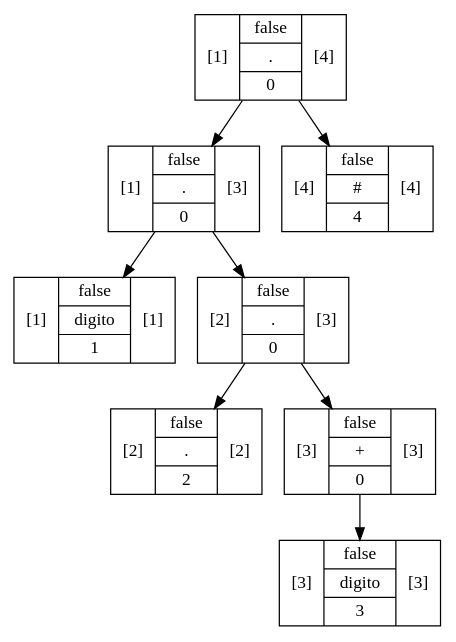
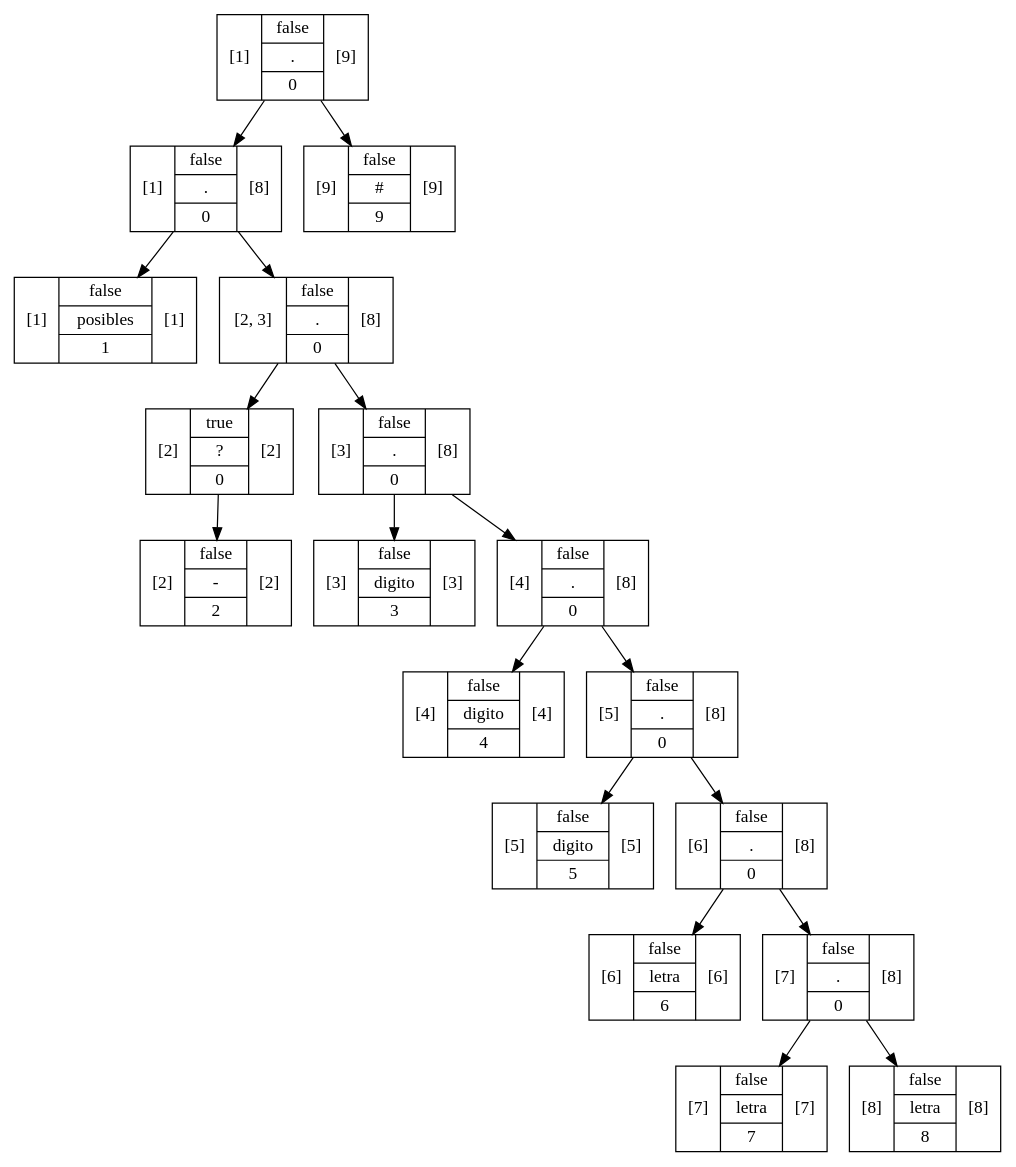
Before and after one commit to RojasCJP/Proyecto1_Compi1: the diagram in out/production/Proyecto1/Graphviz/Arbol1.dot, drawn with Graphviz. The commit also changed 437 other files, not shown here.

```diff
--- a/out/production/Proyecto1/Graphviz/Arbol1.dot
+++ b/out/production/Proyecto1/Graphviz/Arbol1.dot
@@ -1,17 +1,37 @@
 digraph structs {
-    node [shape=record];ArbolNodoMetodo16a4b1cf[label="[1]|{false|{digito}|1}|[1]"];
-ArbolNodoMetodo7bf24267[label="[2]|{false|{.}|2}|[2]"];
-ArbolNodoMetodo1407f681[label="[3]|{false|{digito}|3}|[3]"];
-ArbolNodoMetodo562fd933[label="[3]|{false|{+}|0}|[3]"];
-ArbolNodoMetodo562fd933 -> ArbolNodoMetodo1407f681;
-ArbolNodoMetodo653630f0[label="[2]|{false|{.}|0}|[3]"];
-ArbolNodoMetodo653630f0 -> ArbolNodoMetodo7bf24267;
-ArbolNodoMetodo653630f0 -> ArbolNodoMetodo562fd933;
-ArbolNodoMetodoc3ea74b[label="[1]|{false|{.}|0}|[3]"];
-ArbolNodoMetodoc3ea74b -> ArbolNodoMetodo16a4b1cf;
-ArbolNodoMetodoc3ea74b -> ArbolNodoMetodo653630f0;
-ArbolNodoMetodo2726fbb3[label="[4]|{false|{#}|4}|[4]"];
-ArbolNodoMetodofe85825[label="[1]|{false|{.}|0}|[4]"];
-ArbolNodoMetodofe85825 -> ArbolNodoMetodoc3ea74b;
-ArbolNodoMetodofe85825 -> ArbolNodoMetodo2726fbb3;
+    node [shape=record];ArbolNodoMetodo30e7cf2d[label="[1]|{false|{posibles}|1}|[1]"];
+ArbolNodoMetodo197ebc6d[label="[2]|{false|{-}|2}|[2]"];
+ArbolNodoMetodo221b994b[label="[2]|{true|{?}|0}|[2]"];
+ArbolNodoMetodo221b994b -> ArbolNodoMetodo197ebc6d;
+ArbolNodoMetodo3e382b03[label="[3]|{false|{digito}|3}|[3]"];
+ArbolNodoMetodo3028154e[label="[4]|{false|{digito}|4}|[4]"];
+ArbolNodoMetodo5cd94af2[label="[5]|{false|{digito}|5}|[5]"];
+ArbolNodoMetodo227641e3[label="[6]|{false|{letra}|6}|[6]"];
+ArbolNodoMetodo5de9069d[label="[7]|{false|{letra}|7}|[7]"];
+ArbolNodoMetodo2d9bea0b[label="[8]|{false|{letra}|8}|[8]"];
+ArbolNodoMetodo3b03ab90[label="[7]|{false|{.}|0}|[8]"];
+ArbolNodoMetodo3b03ab90 -> ArbolNodoMetodo5de9069d;
+ArbolNodoMetodo3b03ab90 -> ArbolNodoMetodo2d9bea0b;
+ArbolNodoMetodo2b6a9c4a[label="[6]|{false|{.}|0}|[8]"];
+ArbolNodoMetodo2b6a9c4a -> ArbolNodoMetodo227641e3;
+ArbolNodoMetodo2b6a9c4a -> ArbolNodoMetodo3b03ab90;
+ArbolNodoMetodo3ea2ba54[label="[5]|{false|{.}|0}|[8]"];
+ArbolNodoMetodo3ea2ba54 -> ArbolNodoMetodo5cd94af2;
+ArbolNodoMetodo3ea2ba54 -> ArbolNodoMetodo2b6a9c4a;
+ArbolNodoMetodo4c1bd439[label="[4]|{false|{.}|0}|[8]"];
+ArbolNodoMetodo4c1bd439 -> ArbolNodoMetodo3028154e;
+ArbolNodoMetodo4c1bd439 -> ArbolNodoMetodo3ea2ba54;
+ArbolNodoMetodo6ae2b901[label="[3]|{false|{.}|0}|[8]"];
+ArbolNodoMetodo6ae2b901 -> ArbolNodoMetodo3e382b03;
+ArbolNodoMetodo6ae2b901 -> ArbolNodoMetodo4c1bd439;
+ArbolNodoMetodo1595f0db[label="[2, 3]|{false|{.}|0}|[8]"];
+ArbolNodoMetodo1595f0db -> ArbolNodoMetodo221b994b;
+ArbolNodoMetodo1595f0db -> ArbolNodoMetodo6ae2b901;
+ArbolNodoMetodo3e4e8827[label="[1]|{false|{.}|0}|[8]"];
+ArbolNodoMetodo3e4e8827 -> ArbolNodoMetodo30e7cf2d;
+ArbolNodoMetodo3e4e8827 -> ArbolNodoMetodo1595f0db;
+ArbolNodoMetodo2ce629cb[label="[9]|{false|{#}|9}|[9]"];
+ArbolNodoMetodo53b3b7e7[label="[1]|{false|{.}|0}|[9]"];
+ArbolNodoMetodo53b3b7e7 -> ArbolNodoMetodo3e4e8827;
+ArbolNodoMetodo53b3b7e7 -> ArbolNodoMetodo2ce629cb;
 }
```
